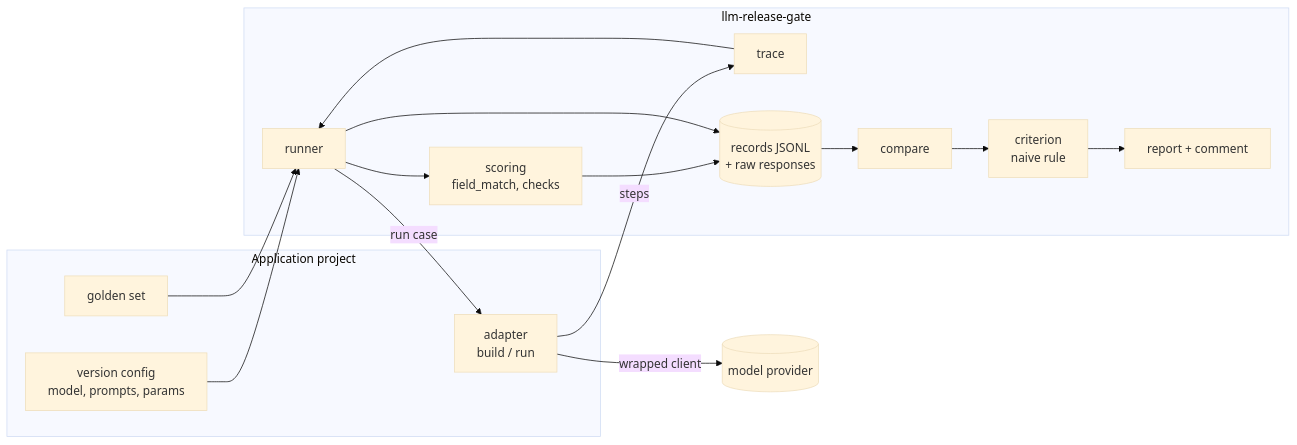
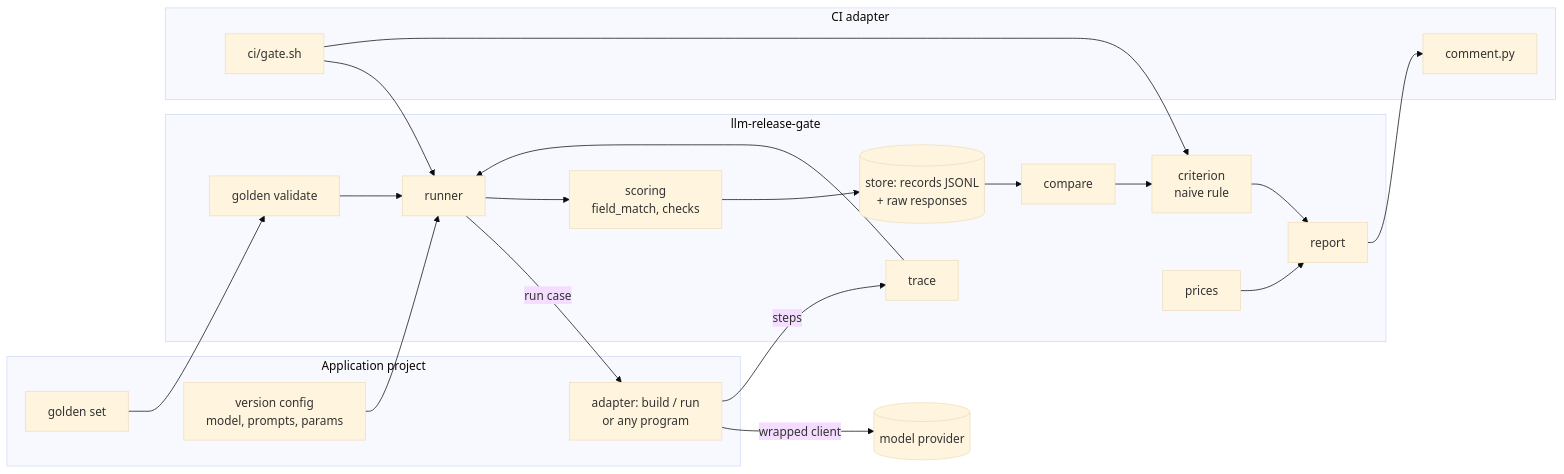
One commit to Ilya-Grigoryev/llm-release-gate changed the first of 2 diagrams in docs/design.md. Above: the diagram before and after it, drawn with Mermaid (base theme). The commit also changed other lines of this file and 1 other file, not shown here.

````diff
--- a/docs/design.md
+++ b/docs/design.md
@@ -119,28 +147,35 @@
 ```mermaid
 flowchart LR
     subgraph app[Application project]
         config[version config<br/>model, prompts, params]
-        adapter[adapter<br/>build / run]
+        adapter[adapter: build / run<br/>or any program]
         cases[golden set]
     end
     subgraph gate[llm-release-gate]
+        validate[golden validate]
         runner[runner]
         trace[trace]
         scoring[scoring<br/>field_match, checks]
-        records[(records JSONL<br/>+ raw responses)]
+        store[(store: records JSONL<br/>+ raw responses)]
         compare[compare]
         criterion[criterion<br/>naive rule]
-        report[report + comment]
+        prices[prices]
+        report[report]
+    end
+    subgraph ci[CI adapter]
+        gatesh[ci/gate.sh]
+        comment[comment.py]
     end
     provider[(model provider)]
+    cases --> validate --> runner
     config --> runner
-    cases --> runner
     runner -->|run case| adapter
     adapter -->|wrapped client| provider
-    adapter -->|steps| trace
-    trace --> runner
-    runner --> scoring
-    scoring --> records
-    runner --> records
-    records --> compare --> criterion --> report
+    adapter -->|steps| trace --> runner
+    runner --> scoring --> store
+    store --> compare --> criterion --> report
+    prices --> report
+    gatesh --> runner
+    gatesh --> criterion
+    report --> comment
 ```
````
